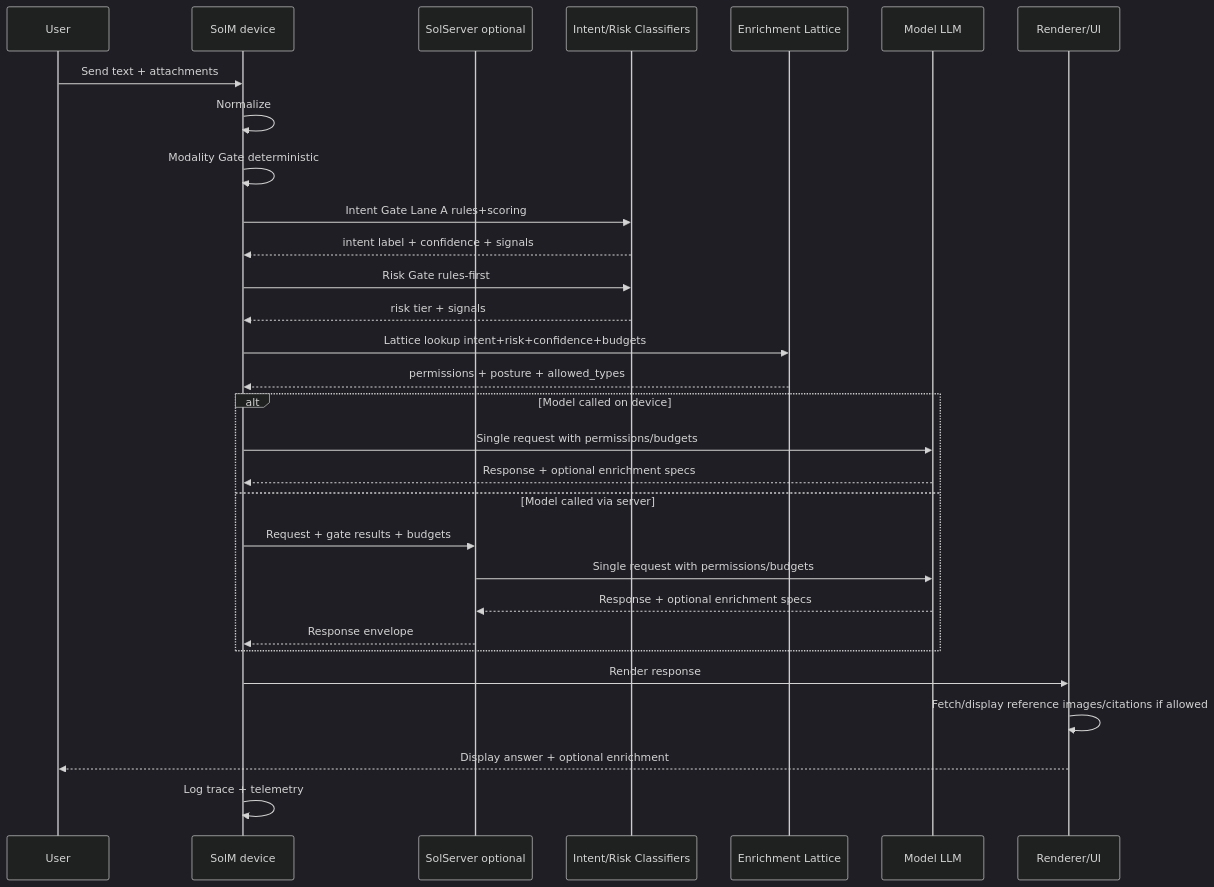
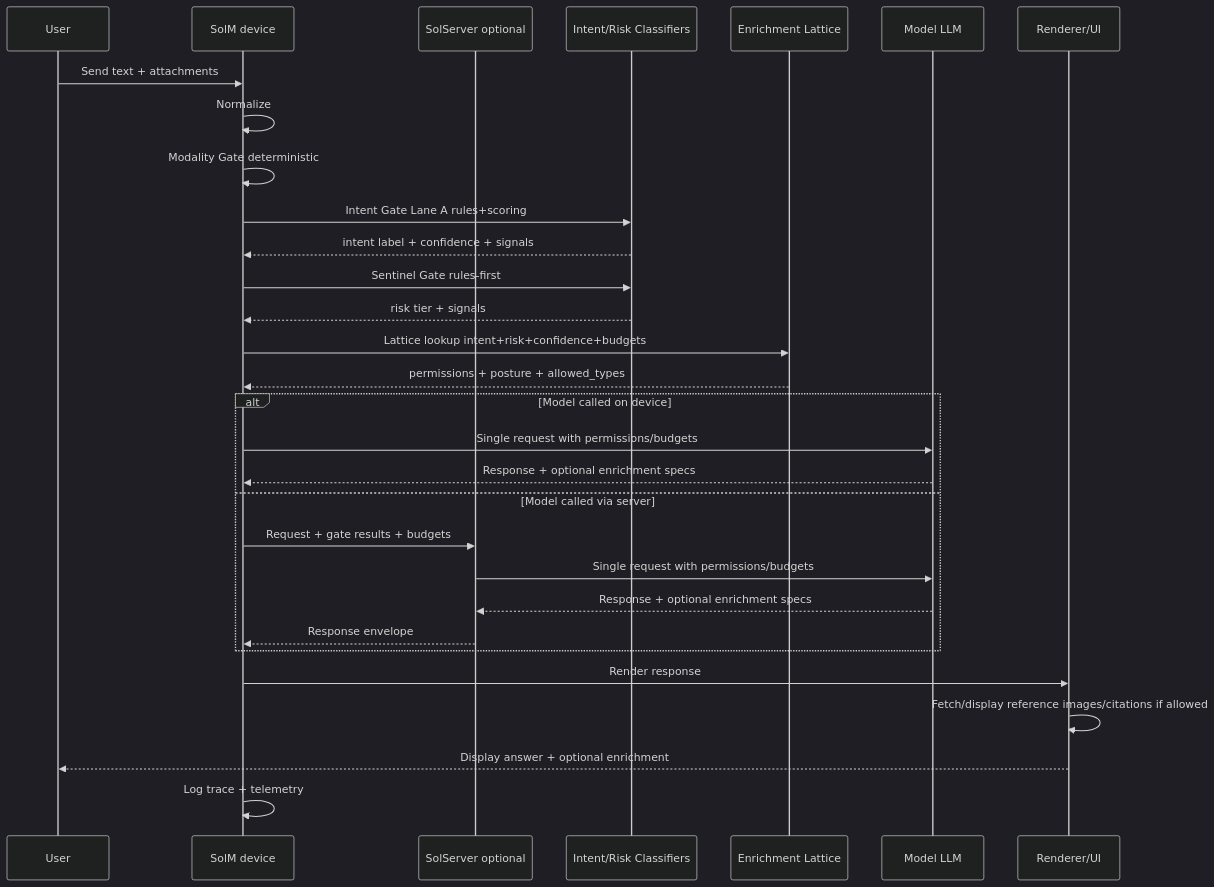
The second of 2 diagrams in architecture/solserver/message-processing-gates-v0.md (SolLabsHQ/infra-docs), drawn with Mermaid (dark theme) before and after one commit. The commit also changed other lines of this file and 2 other files, not shown here.

Commit message:
docs: rename risk gate to sentinel

````diff
--- a/architecture/solserver/message-processing-gates-v0.md
+++ b/architecture/solserver/message-processing-gates-v0.md
@@ -22,39 +22,39 @@
 ```mermaid
 sequenceDiagram
   participant U as User
   participant M as SolM device
   participant S as SolServer optional
   participant I as Intent/Risk Classifiers
   participant L as Enrichment Lattice
   participant LLM as Model LLM
   participant R as Renderer/UI
 
   U->>M: Send text + attachments
   M->>M: Normalize
   M->>M: Modality Gate deterministic
 
   M->>I: Intent Gate Lane A rules+scoring
   I-->>M: intent label + confidence + signals
 
-  M->>I: Risk Gate rules-first
+  M->>I: Sentinel Gate rules-first
   I-->>M: risk tier + signals
 
   M->>L: Lattice lookup intent+risk+confidence+budgets
   L-->>M: permissions + posture + allowed_types
 
   alt Model called on device
     M->>LLM: Single request with permissions/budgets
     LLM-->>M: Response + optional enrichment specs
   else Model called via server
     M->>S: Request + gate results + budgets
     S->>LLM: Single request with permissions/budgets
     LLM-->>S: Response + optional enrichment specs
     S-->>M: Response envelope
   end
 
   M->>R: Render response
   R->>R: Fetch/display reference images/citations if allowed
   R-->>U: Display answer + optional enrichment
 
   M->>M: Log trace + telemetry
 ```
````
